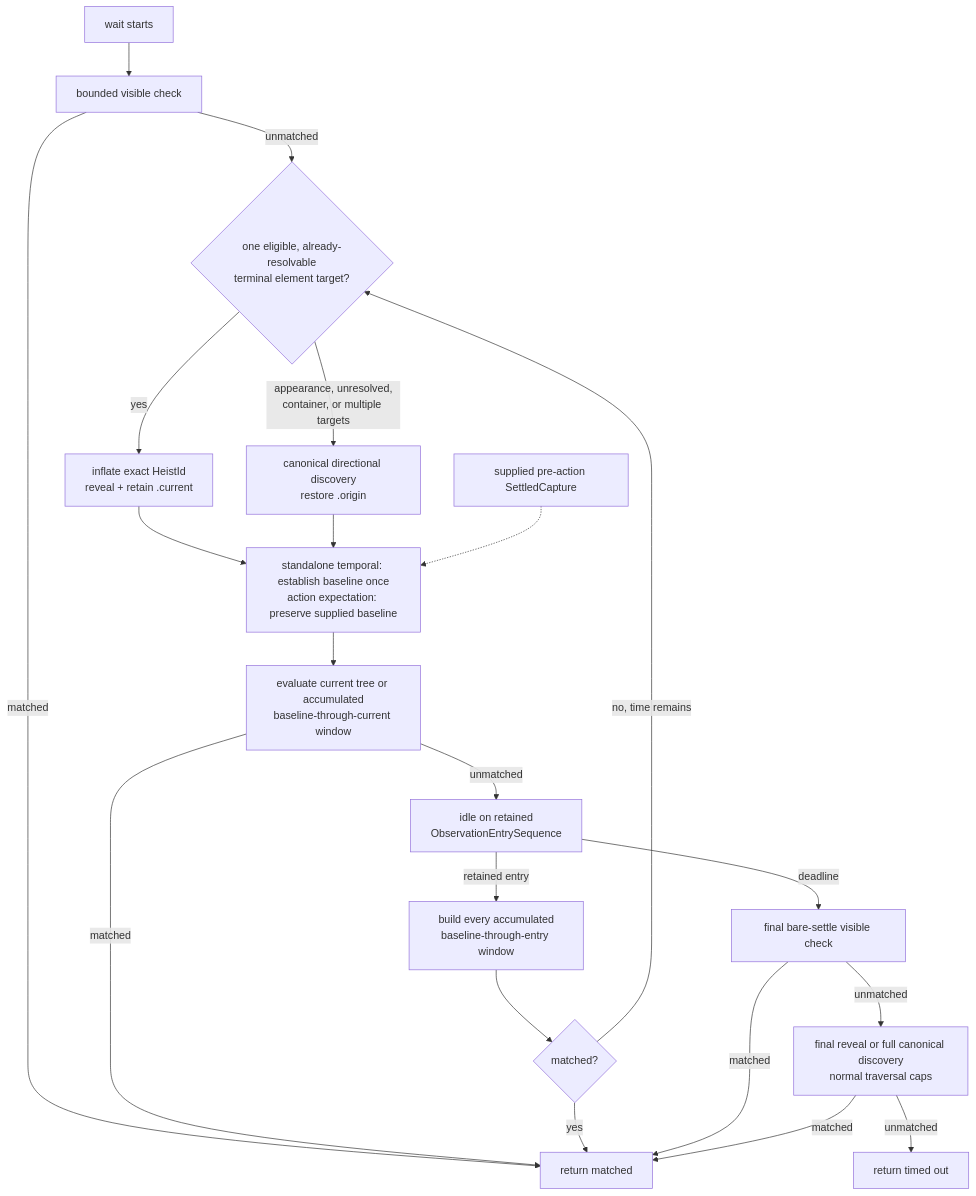
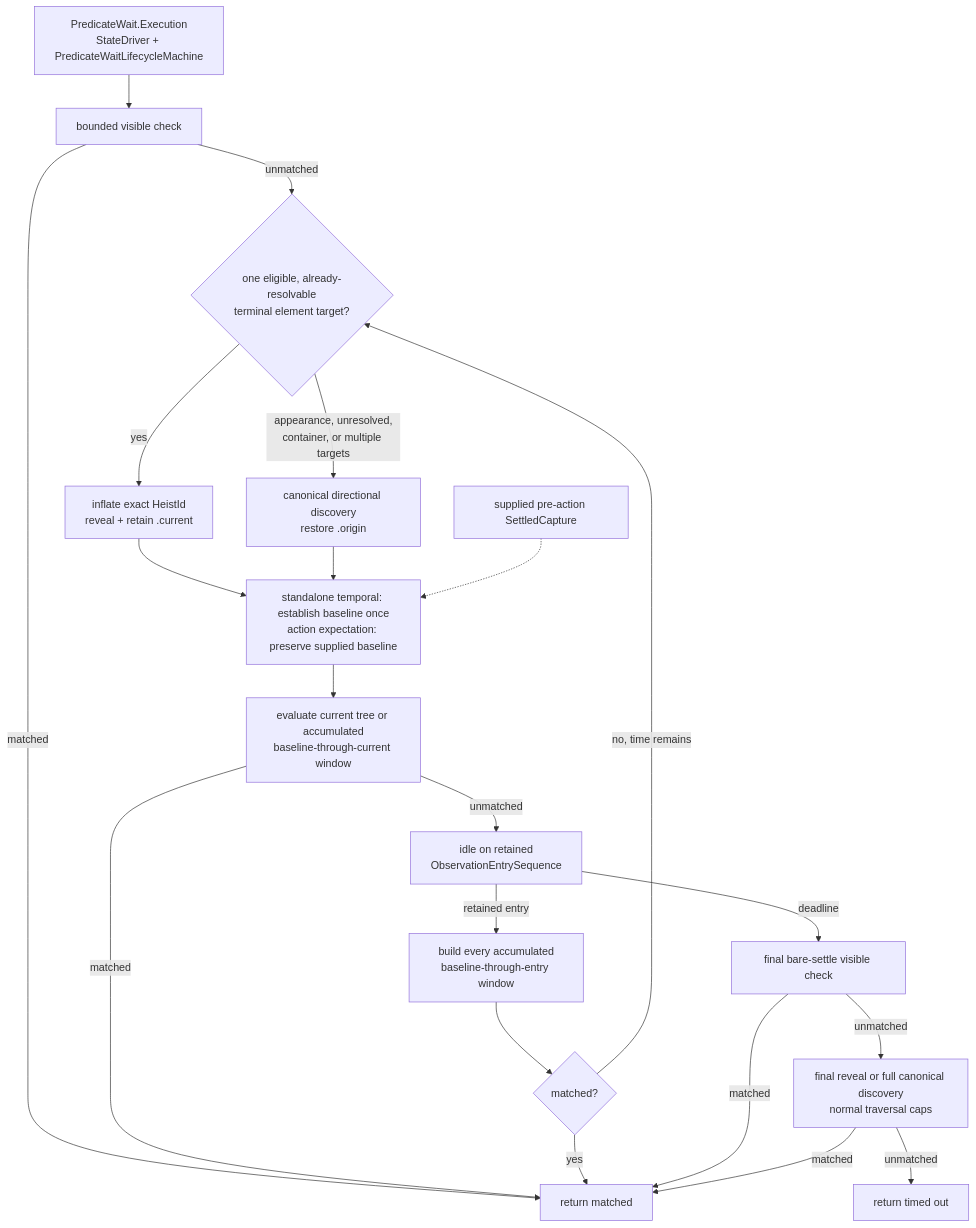
The fourth of 5 diagrams in docs/diagrams/observation-pipeline.md (RoyalPineapple/TheButtonHeist), drawn with Mermaid before and after one commit. The commit also changed other lines of this file and 361 other files, not shown here.

Commit message:
Consolidate Button Heist runtime architecture (#1349)

````diff
--- a/docs/diagrams/observation-pipeline.md
+++ b/docs/diagrams/observation-pipeline.md
@@ -147,23 +147,23 @@
 ```mermaid
 flowchart TD
-    Start["wait starts"] --> Visible["bounded visible check"]
+    Start["PredicateWait.Execution<br/>StateDriver + PredicateWaitLifecycleMachine"] --> Visible["bounded visible check"]
     Visible -->|matched| Match["return matched"]
     Visible -->|unmatched| Route{"one eligible, already-resolvable<br/>terminal element target?"}
     Route -->|yes| Reveal["inflate exact HeistId<br/>reveal + retain .current"]
     Route -->|appearance, unresolved,<br/>container, or multiple targets| Discovery["canonical directional discovery<br/>restore .origin"]
     Reveal --> Prepare["standalone temporal: establish baseline once<br/>action expectation: preserve supplied baseline"]
     Discovery --> Prepare
     ActionBaseline["supplied pre-action SettledCapture"] -.-> Prepare
     Prepare --> Evaluate["evaluate current tree or accumulated<br/>baseline-through-current window"]
     Evaluate -->|matched| Match
     Evaluate -->|unmatched| Idle["idle on retained<br/>ObservationEntrySequence"]
     Idle -->|retained entry| Window["build every accumulated<br/>baseline-through-entry window"]
     Window --> EntryEvaluation{"matched?"}
     EntryEvaluation -->|yes| Match
     EntryEvaluation -->|no, time remains| Route
     Idle -->|deadline| FinalVisible["final bare-settle visible check"]
     FinalVisible -->|matched| Match
     FinalVisible -->|unmatched| FinalSearch["final reveal or full canonical discovery<br/>normal traversal caps"]
     FinalSearch -->|matched| Match
     FinalSearch -->|unmatched| Timeout["return timed out"]
 ```
````
